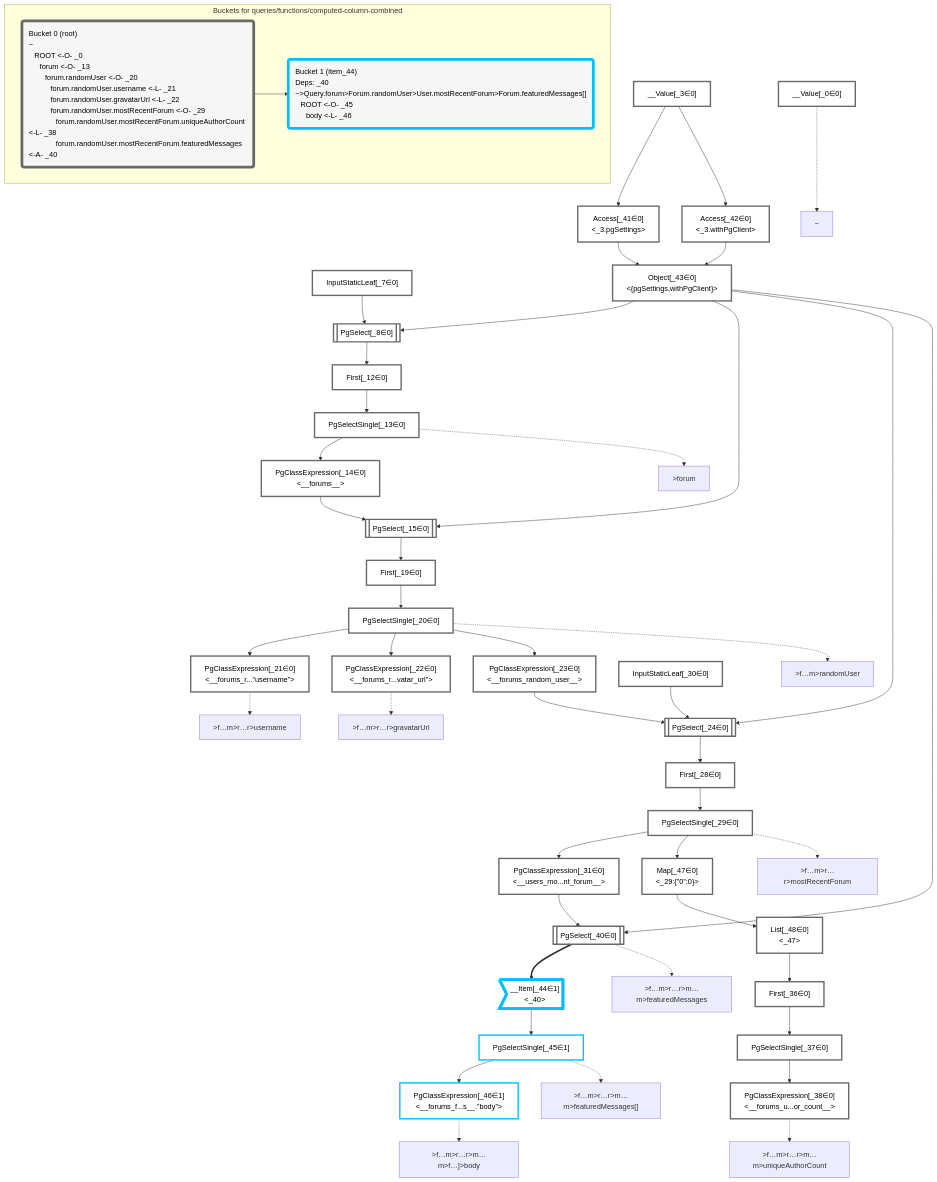
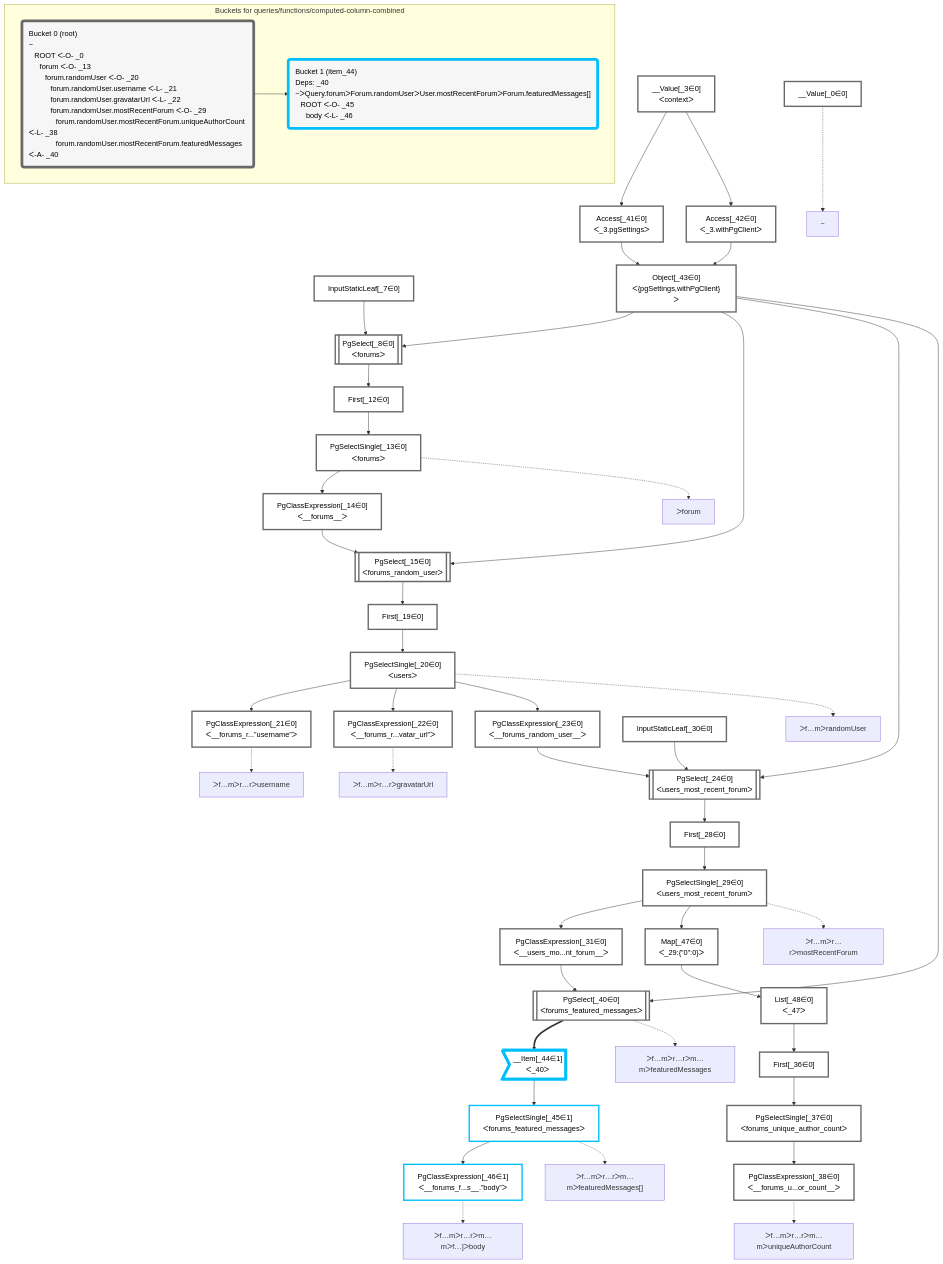
Before and after one commit to graphile/crystal: the diagram in packages/dataplan-pg/__tests__/queries/functions/computed-column-combined.deopt.mermaid.md, drawn with Mermaid. The commit also changed 195 other files, not shown here.

```diff
--- a/packages/dataplan-pg/__tests__/queries/functions/computed-column-combined.deopt.mermaid.md
+++ b/packages/dataplan-pg/__tests__/queries/functions/computed-column-combined.deopt.mermaid.md
@@ -9,35 +9,35 @@
 
     %% define plans
     __Value_0["__Value[_0∈0]"]:::plan
-    __Value_3["__Value[_3∈0]<br /><context>"]:::plan
+    __Value_3["__Value[_3∈0]<br />ᐸcontextᐳ"]:::plan
     InputStaticLeaf_7["InputStaticLeaf[_7∈0]"]:::plan
-    PgSelect_8[["PgSelect[_8∈0]<br /><forums>"]]:::plan
+    PgSelect_8[["PgSelect[_8∈0]<br />ᐸforumsᐳ"]]:::plan
     First_12["First[_12∈0]"]:::plan
-    PgSelectSingle_13["PgSelectSingle[_13∈0]<br /><forums>"]:::plan
-    PgClassExpression_14["PgClassExpression[_14∈0]<br /><__forums__>"]:::plan
-    PgSelect_15[["PgSelect[_15∈0]<br /><forums_random_user>"]]:::plan
+    PgSelectSingle_13["PgSelectSingle[_13∈0]<br />ᐸforumsᐳ"]:::plan
+    PgClassExpression_14["PgClassExpression[_14∈0]<br />ᐸ__forums__ᐳ"]:::plan
+    PgSelect_15[["PgSelect[_15∈0]<br />ᐸforums_random_userᐳ"]]:::plan
     First_19["First[_19∈0]"]:::plan
-    PgSelectSingle_20["PgSelectSingle[_20∈0]<br /><users>"]:::plan
-    PgClassExpression_21["PgClassExpression[_21∈0]<br /><__forums_r...”username”>"]:::plan
-    PgClassExpression_22["PgClassExpression[_22∈0]<br /><__forums_r...vatar_url”>"]:::plan
-    PgClassExpression_23["PgClassExpression[_23∈0]<br /><__forums_random_user__>"]:::plan
-    PgSelect_24[["PgSelect[_24∈0]<br /><users_most_recent_forum>"]]:::plan
+    PgSelectSingle_20["PgSelectSingle[_20∈0]<br />ᐸusersᐳ"]:::plan
+    PgClassExpression_21["PgClassExpression[_21∈0]<br />ᐸ__forums_r...”username”ᐳ"]:::plan
+    PgClassExpression_22["PgClassExpression[_22∈0]<br />ᐸ__forums_r...vatar_url”ᐳ"]:::plan
+    PgClassExpression_23["PgClassExpression[_23∈0]<br />ᐸ__forums_random_user__ᐳ"]:::plan
+    PgSelect_24[["PgSelect[_24∈0]<br />ᐸusers_most_recent_forumᐳ"]]:::plan
     First_28["First[_28∈0]"]:::plan
-    PgSelectSingle_29["PgSelectSingle[_29∈0]<br /><users_most_recent_forum>"]:::plan
+    PgSelectSingle_29["PgSelectSingle[_29∈0]<br />ᐸusers_most_recent_forumᐳ"]:::plan
     InputStaticLeaf_30["InputStaticLeaf[_30∈0]"]:::plan
-    PgClassExpression_31["PgClassExpression[_31∈0]<br /><__users_mo...nt_forum__>"]:::plan
+    PgClassExpression_31["PgClassExpression[_31∈0]<br />ᐸ__users_mo...nt_forum__ᐳ"]:::plan
     First_36["First[_36∈0]"]:::plan
-    PgSelectSingle_37["PgSelectSingle[_37∈0]<br /><forums_unique_author_count>"]:::plan
-    PgClassExpression_38["PgClassExpression[_38∈0]<br /><__forums_u...or_count__>"]:::plan
-    PgSelect_40[["PgSelect[_40∈0]<br /><forums_featured_messages>"]]:::plan
-    Access_41["Access[_41∈0]<br /><_3.pgSettings>"]:::plan
-    Access_42["Access[_42∈0]<br /><_3.withPgClient>"]:::plan
-    Object_43["Object[_43∈0]<br /><{pgSettings,withPgClient}>"]:::plan
-    __Item_44>"__Item[_44∈1]<br /><_40>"]:::itemplan
-    PgSelectSingle_45["PgSelectSingle[_45∈1]<br /><forums_featured_messages>"]:::plan
-    PgClassExpression_46["PgClassExpression[_46∈1]<br /><__forums_f...s__.”body”>"]:::plan
-    Map_47["Map[_47∈0]<br /><_29:{”0”:0}>"]:::plan
-    List_48["List[_48∈0]<br /><_47>"]:::plan
+    PgSelectSingle_37["PgSelectSingle[_37∈0]<br />ᐸforums_unique_author_countᐳ"]:::plan
+    PgClassExpression_38["PgClassExpression[_38∈0]<br />ᐸ__forums_u...or_count__ᐳ"]:::plan
+    PgSelect_40[["PgSelect[_40∈0]<br />ᐸforums_featured_messagesᐳ"]]:::plan
+    Access_41["Access[_41∈0]<br />ᐸ_3.pgSettingsᐳ"]:::plan
+    Access_42["Access[_42∈0]<br />ᐸ_3.withPgClientᐳ"]:::plan
+    Object_43["Object[_43∈0]<br />ᐸ{pgSettings,withPgClient}ᐳ"]:::plan
+    __Item_44>"__Item[_44∈1]<br />ᐸ_40ᐳ"]:::itemplan
+    PgSelectSingle_45["PgSelectSingle[_45∈1]<br />ᐸforums_featured_messagesᐳ"]:::plan
+    PgClassExpression_46["PgClassExpression[_46∈1]<br />ᐸ__forums_f...s__.”body”ᐳ"]:::plan
+    Map_47["Map[_47∈0]<br />ᐸ_29:{”0”:0}ᐳ"]:::plan
+    List_48["List[_48∈0]<br />ᐸ_47ᐳ"]:::plan
 
     %% plan dependencies
     Object_43 --> PgSelect_8
@@ -76,23 +76,23 @@
     %% plan-to-path relationships
     P_0["~"]
     __Value_0 -.-> P_0
-    P_13[">forum"]
+    P_13["ᐳforum"]
     PgSelectSingle_13 -.-> P_13
-    P_20[">f…m>randomUser"]
+    P_20["ᐳf…mᐳrandomUser"]
     PgSelectSingle_20 -.-> P_20
-    P_21[">f…m>r…r>username"]
+    P_21["ᐳf…mᐳr…rᐳusername"]
     PgClassExpression_21 -.-> P_21
-    P_22[">f…m>r…r>gravatarUrl"]
+    P_22["ᐳf…mᐳr…rᐳgravatarUrl"]
     PgClassExpression_22 -.-> P_22
-    P_29[">f…m>r…r>mostRecentForum"]
+    P_29["ᐳf…mᐳr…rᐳmostRecentForum"]
     PgSelectSingle_29 -.-> P_29
-    P_38[">f…m>r…r>m…m>uniqueAuthorCount"]
+    P_38["ᐳf…mᐳr…rᐳm…mᐳuniqueAuthorCount"]
     PgClassExpression_38 -.-> P_38
-    P_40[">f…m>r…r>m…m>featuredMessages"]
+    P_40["ᐳf…mᐳr…rᐳm…mᐳfeaturedMessages"]
     PgSelect_40 -.-> P_40
-    P_45[">f…m>r…r>m…m>featuredMessages[]"]
+    P_45["ᐳf…mᐳr…rᐳm…mᐳfeaturedMessages[]"]
     PgSelectSingle_45 -.-> P_45
-    P_46[">f…m>r…r>m…m>f…]>body"]
+    P_46["ᐳf…mᐳr…rᐳm…mᐳf…]ᐳbody"]
     PgClassExpression_46 -.-> P_46
 
     %% allocate buckets
@@ -102,9 +102,9 @@
     class __Item_44,PgSelectSingle_45,PgClassExpression_46 bucket1
 
     subgraph "Buckets for queries/functions/computed-column-combined"
-    Bucket0("Bucket 0 (root)<br />~<br />⠀ROOT <-O- _0<br />⠀⠀forum <-O- _13<br />⠀⠀⠀forum.randomUser <-O- _20<br />⠀⠀⠀⠀forum.randomUser.username <-L- _21<br />⠀⠀⠀⠀forum.randomUser.gravatarUrl <-L- _22<br />⠀⠀⠀⠀forum.randomUser.mostRecentForum <-O- _29<br />⠀⠀⠀⠀⠀forum.randomUser.mostRecentForum.uniqueAuthorCount <-L- _38<br />⠀⠀⠀⠀⠀forum.randomUser.mostRecentForum.featuredMessages <-A- _40"):::bucket
+    Bucket0("Bucket 0 (root)<br />~<br />⠀ROOT ᐸ-O- _0<br />⠀⠀forum ᐸ-O- _13<br />⠀⠀⠀forum.randomUser ᐸ-O- _20<br />⠀⠀⠀⠀forum.randomUser.username ᐸ-L- _21<br />⠀⠀⠀⠀forum.randomUser.gravatarUrl ᐸ-L- _22<br />⠀⠀⠀⠀forum.randomUser.mostRecentForum ᐸ-O- _29<br />⠀⠀⠀⠀⠀forum.randomUser.mostRecentForum.uniqueAuthorCount ᐸ-L- _38<br />⠀⠀⠀⠀⠀forum.randomUser.mostRecentForum.featuredMessages ᐸ-A- _40"):::bucket
     style Bucket0 stroke:#696969
-    Bucket1("Bucket 1 (item_44)<br />Deps: _40<br />~>Query.forum>Forum.randomUser>User.mostRecentForum>Forum.featuredMessages[]<br />⠀ROOT <-O- _45<br />⠀⠀body <-L- _46"):::bucket
+    Bucket1("Bucket 1 (item_44)<br />Deps: _40<br />~ᐳQuery.forumᐳForum.randomUserᐳUser.mostRecentForumᐳForum.featuredMessages[]<br />⠀ROOT ᐸ-O- _45<br />⠀⠀body ᐸ-L- _46"):::bucket
     style Bucket1 stroke:#00bfff
     Bucket0 --> Bucket1
     end
```
